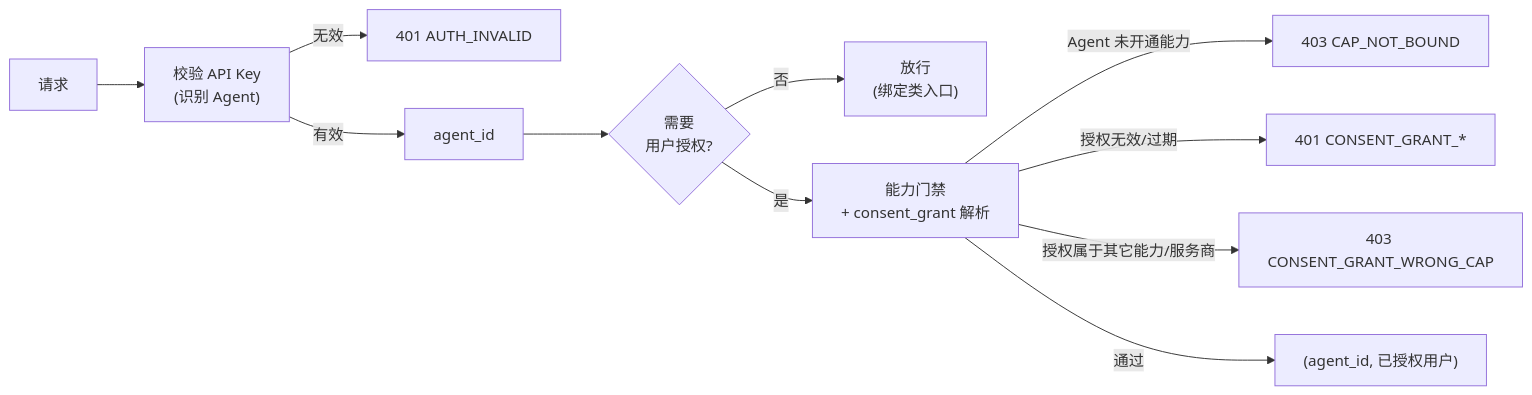
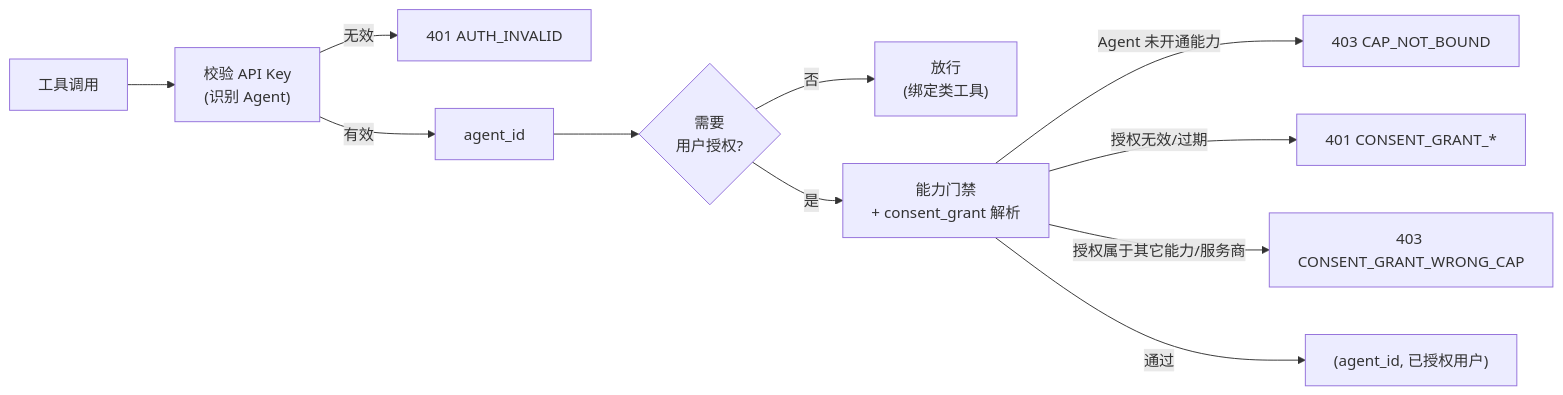
The second of 3 diagrams in gateway/architecture.mdx (clawdot/docs), drawn with Mermaid before and after one commit. The commit also changed other lines of this file and 67 other files, not shown here.

First line of the commit message:
docs: 正文改写为 MCP-first + 补 MCP 时序图（Phase 2）

````diff
--- a/gateway/architecture.mdx
+++ b/gateway/architecture.mdx
@@ -102,13 +87,13 @@
 ```mermaid
 flowchart LR
-  A["请求"] --> B["校验 API Key<br/>(识别 Agent)"]
+  A["工具调用"] --> B["校验 API Key<br/>(识别 Agent)"]
   B -- 无效 --> E["401 AUTH_INVALID"]
   B -- 有效 --> C["agent_id"]
   C --> D{"需要<br/>用户授权?"}
-  D -- 否 --> Z["放行<br/>(绑定类入口)"]
+  D -- 否 --> Z["放行<br/>(绑定类工具)"]
   D -- 是 --> F["能力门禁<br/>+ consent_grant 解析"]
   F -- Agent 未开通能力 --> G["403 CAP_NOT_BOUND"]
   F -- 授权无效/过期 --> H["401 CONSENT_GRANT_*"]
   F -- 授权属于其它能力/服务商 --> I["403 CONSENT_GRANT_WRONG_CAP"]
   F -- 通过 --> J["(agent_id, 已授权用户)"]
 ```
````
